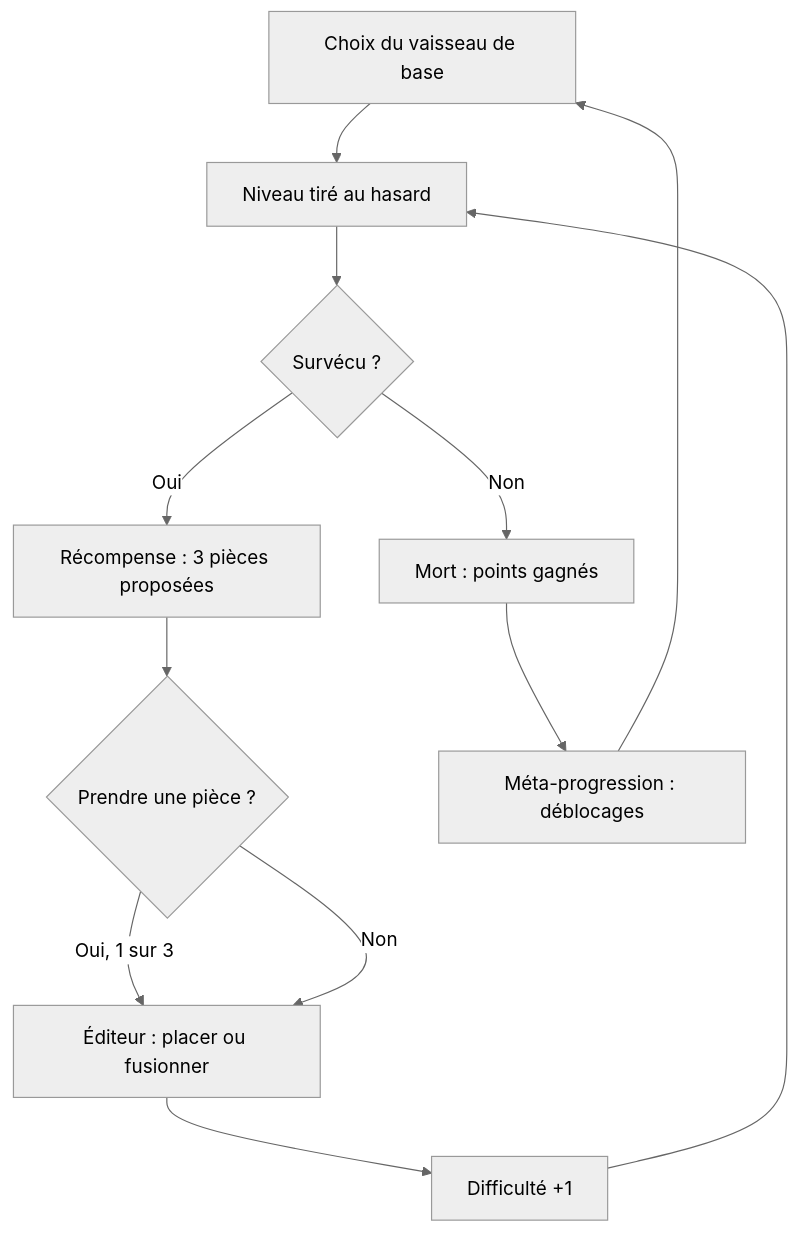
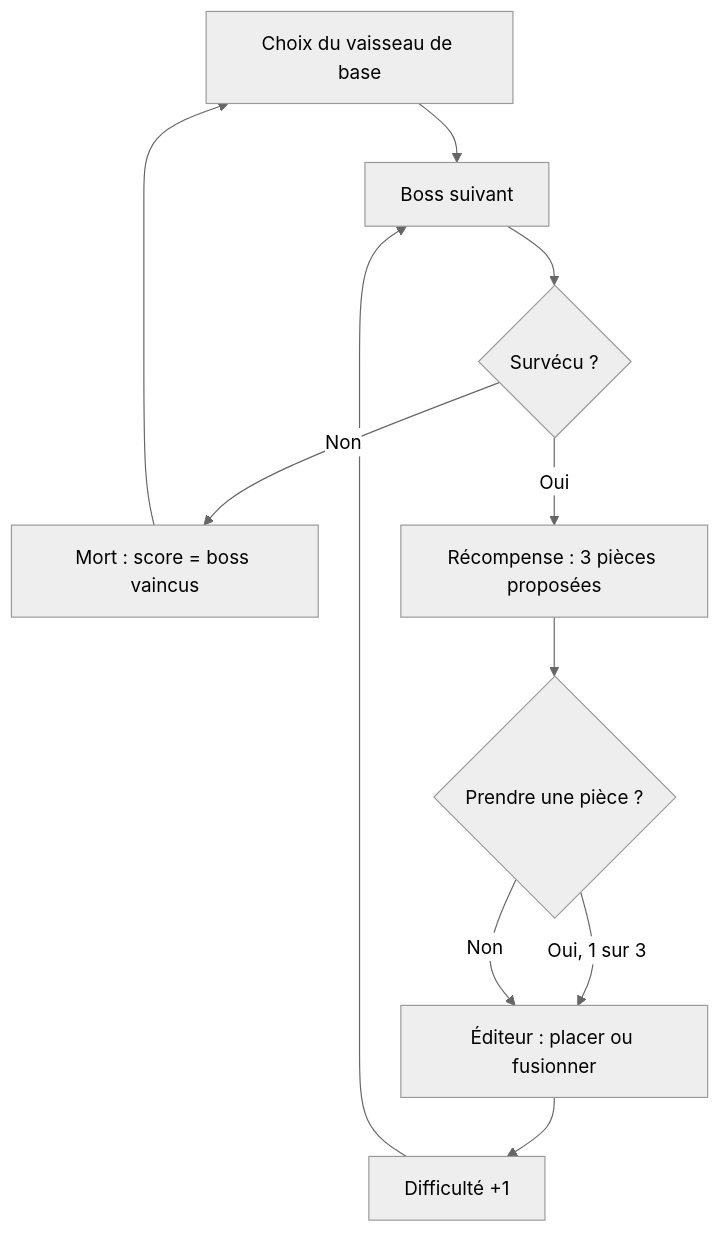
The first of 2 diagrams in content/2D-Game/ideas/pierre/Bullet hell roguelike.md (Bisiaux-dev/public-vault), drawn with Mermaid (neutral theme) before and after one commit. The commit also changed other lines of this file and 31 other files, not shown here.

````diff
--- a/content/2D-Game/ideas/pierre/Bullet hell roguelike.md
+++ b/content/2D-Game/ideas/pierre/Bullet hell roguelike.md
@@ -27,14 +29,13 @@
 ```mermaid
 flowchart TD
-    A[Choix du vaisseau de base] --> B[Niveau tiré au hasard]
+    A[Choix du vaisseau de base] --> B[Boss suivant]
     B --> C{Survécu ?}
-    C -- Non --> M[Mort : points gagnés]
+    C -- Non --> M[Mort : score = boss vaincus]
     C -- Oui --> D[Récompense : 3 pièces proposées]
     D --> E{Prendre une pièce ?}
     E -- Oui, 1 sur 3 --> F[Éditeur : placer ou fusionner]
     E -- Non --> F
     F --> G[Difficulté +1]
     G --> B
-    M --> H[Méta-progression : déblocages]
-    H --> A
+    M --> A
 ```
````
